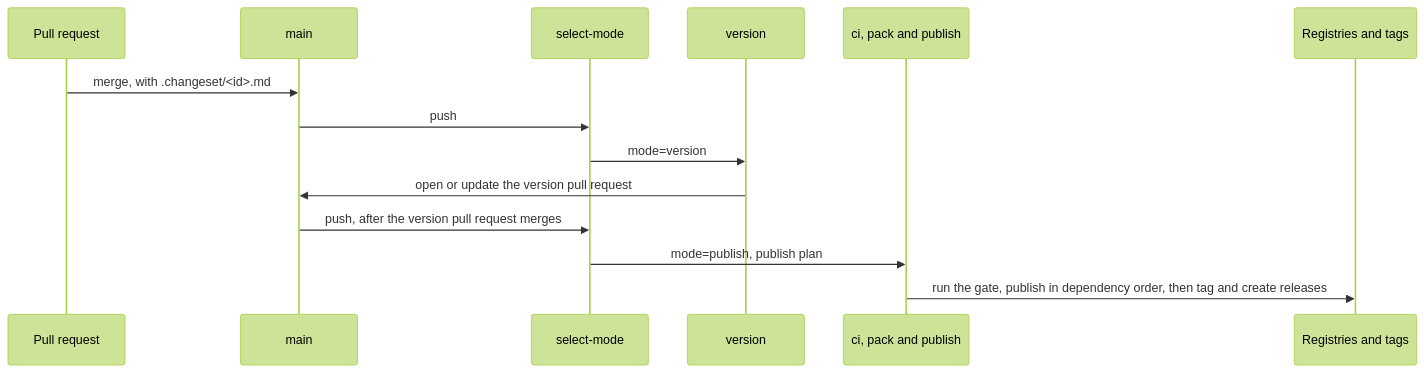
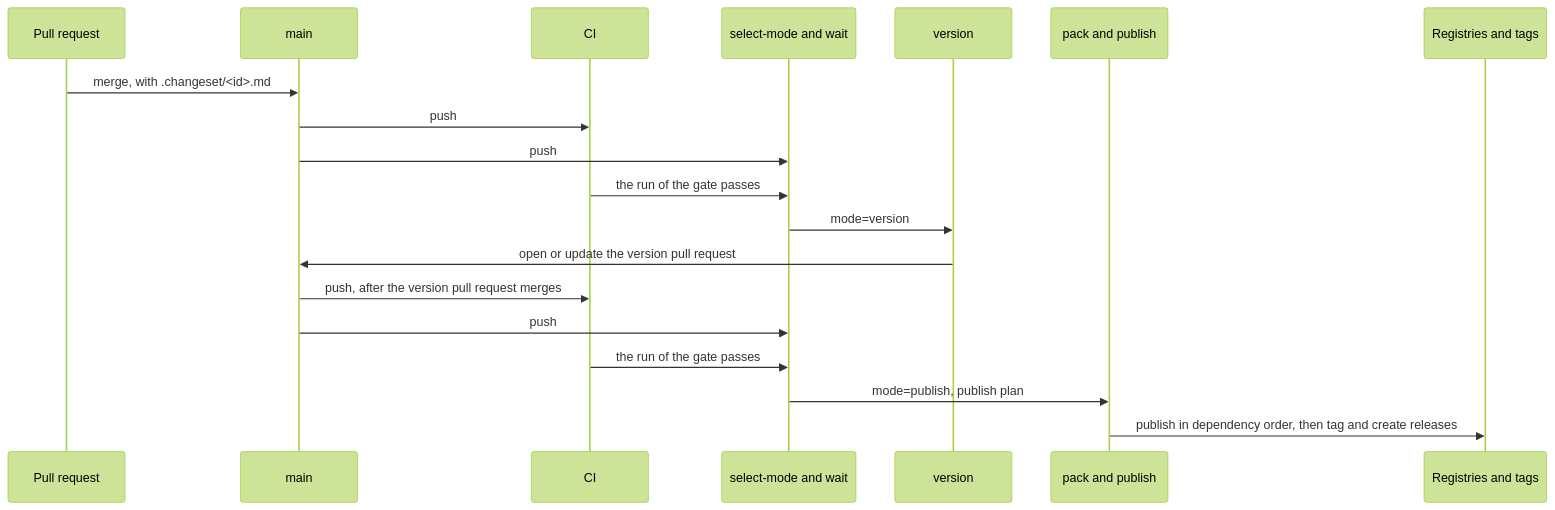
The diagram in docs/rfc/0002-release.md (dokimasia/ergon), drawn with Mermaid (forest theme) before and after one commit. The commit also changed other lines of this file and 39 other files, not shown here.

First line of the commit message:
feat: wait for the CI run of a commit before a release

````diff
--- a/docs/rfc/0002-release.md
+++ b/docs/rfc/0002-release.md
@@ -72,17 +73,22 @@
 ```mermaid
 sequenceDiagram
     participant PR as Pull request
     participant M as main
-    participant S as select-mode
+    participant C as CI
+    participant S as select-mode and wait
     participant V as version
-    participant P as ci, pack and publish
+    participant P as pack and publish
     participant R as Registries and tags
 
     PR->>M: merge, with .changeset/<id>.md
+    M->>C: push
     M->>S: push
+    C->>S: the run of the gate passes
     S->>V: mode=version
     V->>M: open or update the version pull request
-    M->>S: push, after the version pull request merges
+    M->>C: push, after the version pull request merges
+    M->>S: push
+    C->>S: the run of the gate passes
     S->>P: mode=publish, publish plan
-    P->>R: run the gate, publish in dependency order, then tag and create releases
+    P->>R: publish in dependency order, then tag and create releases
 ```
````
